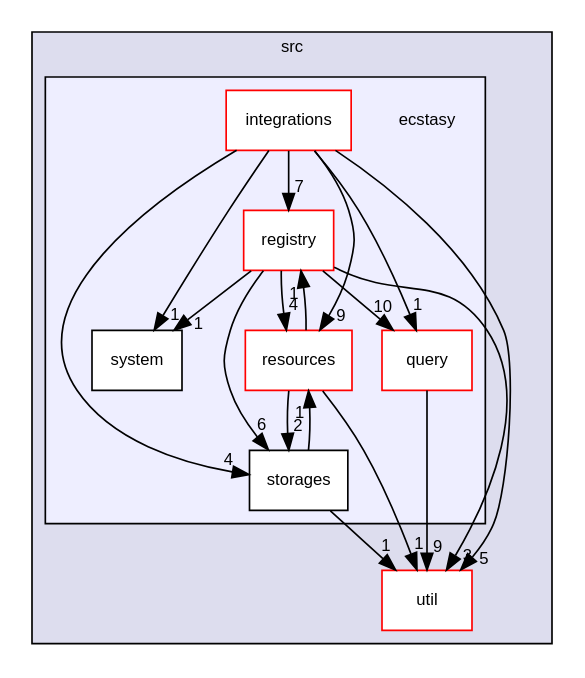
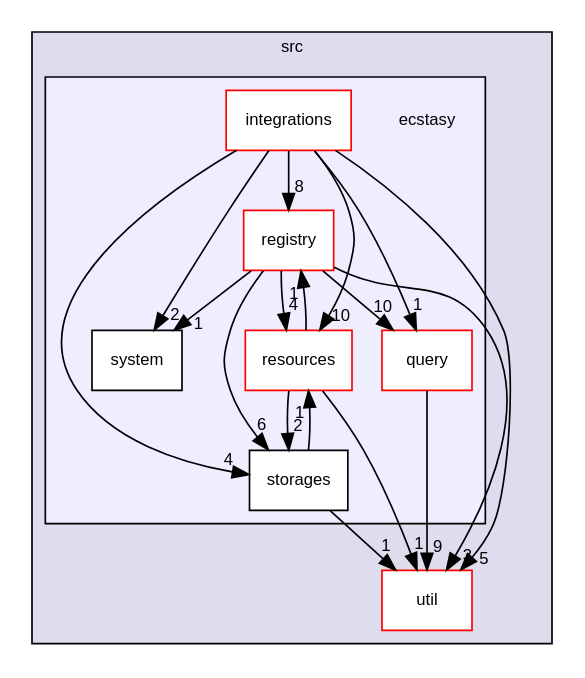
The diagram in dir_6b0b9537e2784bce85aaa1605580a3a0_dep.dot (AndreasLrx/ecstasy), drawn with Graphviz before and after one commit. The commit also changed 341 other files, not shown here.

```diff
--- a/dir_6b0b9537e2784bce85aaa1605580a3a0_dep.dot
+++ b/dir_6b0b9537e2784bce85aaa1605580a3a0_dep.dot
@@ -1,36 +1,36 @@
 digraph "src/ecstasy" {
   compound=true
   node [ fontsize="10", fontname="Helvetica"];
   edge [ labelfontsize="10", labelfontname="Helvetica"];
   subgraph clusterdir_68267d1309a1af8e8297ef4c3efbcdba {
     graph [ bgcolor="#ddddee", pencolor="black", label="src" fontname="Helvetica", fontsize="10", URL="dir_68267d1309a1af8e8297ef4c3efbcdba.html"]
   dir_b7878ad5ecbf2506f4125b9d34c97e45 [shape=box label="util" fillcolor="white" style="filled" color="red" URL="dir_b7878ad5ecbf2506f4125b9d34c97e45.html"];
   subgraph clusterdir_6b0b9537e2784bce85aaa1605580a3a0 {
     graph [ bgcolor="#eeeeff", pencolor="black", label="" URL="dir_6b0b9537e2784bce85aaa1605580a3a0.html"];
     dir_6b0b9537e2784bce85aaa1605580a3a0 [shape=plaintext label="ecstasy"];
   dir_f15917d6366dfa96c32563b53409824a [shape=box label="integrations" fillcolor="white" style="filled" color="red" URL="dir_f15917d6366dfa96c32563b53409824a.html"];
   dir_5392b01d02c3d4d0985a94f633790057 [shape=box label="query" fillcolor="white" style="filled" color="red" URL="dir_5392b01d02c3d4d0985a94f633790057.html"];
   dir_27d9dd95bf0309eb27f3bb61fbabadeb [shape=box label="registry" fillcolor="white" style="filled" color="red" URL="dir_27d9dd95bf0309eb27f3bb61fbabadeb.html"];
   dir_8c1a170fbd0a5283d7ed264cf6df56b3 [shape=box label="resources" fillcolor="white" style="filled" color="red" URL="dir_8c1a170fbd0a5283d7ed264cf6df56b3.html"];
   dir_4a1419ba0e8125a1fc6aeccf1492e850 [shape=box label="storages" fillcolor="white" style="filled" URL="dir_4a1419ba0e8125a1fc6aeccf1492e850.html"];
   dir_bb1f71bfffde0d1688dd5f7686f27ec6 [shape=box label="system" fillcolor="white" style="filled" URL="dir_bb1f71bfffde0d1688dd5f7686f27ec6.html"];
   }
   }
   dir_5392b01d02c3d4d0985a94f633790057->dir_b7878ad5ecbf2506f4125b9d34c97e45 [headlabel="9", labeldistance=1.5 headhref="dir_000011_000025.html"];
   dir_4a1419ba0e8125a1fc6aeccf1492e850->dir_8c1a170fbd0a5283d7ed264cf6df56b3 [headlabel="1", labeldistance=1.5 headhref="dir_000019_000017.html"];
   dir_4a1419ba0e8125a1fc6aeccf1492e850->dir_b7878ad5ecbf2506f4125b9d34c97e45 [headlabel="1", labeldistance=1.5 headhref="dir_000019_000025.html"];
-  dir_f15917d6366dfa96c32563b53409824a->dir_27d9dd95bf0309eb27f3bb61fbabadeb [headlabel="7", labeldistance=1.5 headhref="dir_000002_000014.html"];
+  dir_f15917d6366dfa96c32563b53409824a->dir_27d9dd95bf0309eb27f3bb61fbabadeb [headlabel="8", labeldistance=1.5 headhref="dir_000002_000014.html"];
   dir_f15917d6366dfa96c32563b53409824a->dir_4a1419ba0e8125a1fc6aeccf1492e850 [headlabel="4", labeldistance=1.5 headhref="dir_000002_000019.html"];
   dir_f15917d6366dfa96c32563b53409824a->dir_5392b01d02c3d4d0985a94f633790057 [headlabel="1", labeldistance=1.5 headhref="dir_000002_000011.html"];
-  dir_f15917d6366dfa96c32563b53409824a->dir_8c1a170fbd0a5283d7ed264cf6df56b3 [headlabel="9", labeldistance=1.5 headhref="dir_000002_000017.html"];
+  dir_f15917d6366dfa96c32563b53409824a->dir_8c1a170fbd0a5283d7ed264cf6df56b3 [headlabel="10", labeldistance=1.5 headhref="dir_000002_000017.html"];
   dir_f15917d6366dfa96c32563b53409824a->dir_b7878ad5ecbf2506f4125b9d34c97e45 [headlabel="5", labeldistance=1.5 headhref="dir_000002_000025.html"];
-  dir_f15917d6366dfa96c32563b53409824a->dir_bb1f71bfffde0d1688dd5f7686f27ec6 [headlabel="1", labeldistance=1.5 headhref="dir_000002_000024.html"];
+  dir_f15917d6366dfa96c32563b53409824a->dir_bb1f71bfffde0d1688dd5f7686f27ec6 [headlabel="2", labeldistance=1.5 headhref="dir_000002_000024.html"];
   dir_8c1a170fbd0a5283d7ed264cf6df56b3->dir_27d9dd95bf0309eb27f3bb61fbabadeb [headlabel="1", labeldistance=1.5 headhref="dir_000017_000014.html"];
   dir_8c1a170fbd0a5283d7ed264cf6df56b3->dir_4a1419ba0e8125a1fc6aeccf1492e850 [headlabel="2", labeldistance=1.5 headhref="dir_000017_000019.html"];
   dir_8c1a170fbd0a5283d7ed264cf6df56b3->dir_b7878ad5ecbf2506f4125b9d34c97e45 [headlabel="1", labeldistance=1.5 headhref="dir_000017_000025.html"];
   dir_27d9dd95bf0309eb27f3bb61fbabadeb->dir_4a1419ba0e8125a1fc6aeccf1492e850 [headlabel="6", labeldistance=1.5 headhref="dir_000014_000019.html"];
   dir_27d9dd95bf0309eb27f3bb61fbabadeb->dir_5392b01d02c3d4d0985a94f633790057 [headlabel="10", labeldistance=1.5 headhref="dir_000014_000011.html"];
   dir_27d9dd95bf0309eb27f3bb61fbabadeb->dir_8c1a170fbd0a5283d7ed264cf6df56b3 [headlabel="4", labeldistance=1.5 headhref="dir_000014_000017.html"];
   dir_27d9dd95bf0309eb27f3bb61fbabadeb->dir_b7878ad5ecbf2506f4125b9d34c97e45 [headlabel="3", labeldistance=1.5 headhref="dir_000014_000025.html"];
   dir_27d9dd95bf0309eb27f3bb61fbabadeb->dir_bb1f71bfffde0d1688dd5f7686f27ec6 [headlabel="1", labeldistance=1.5 headhref="dir_000014_000024.html"];
 }
```
